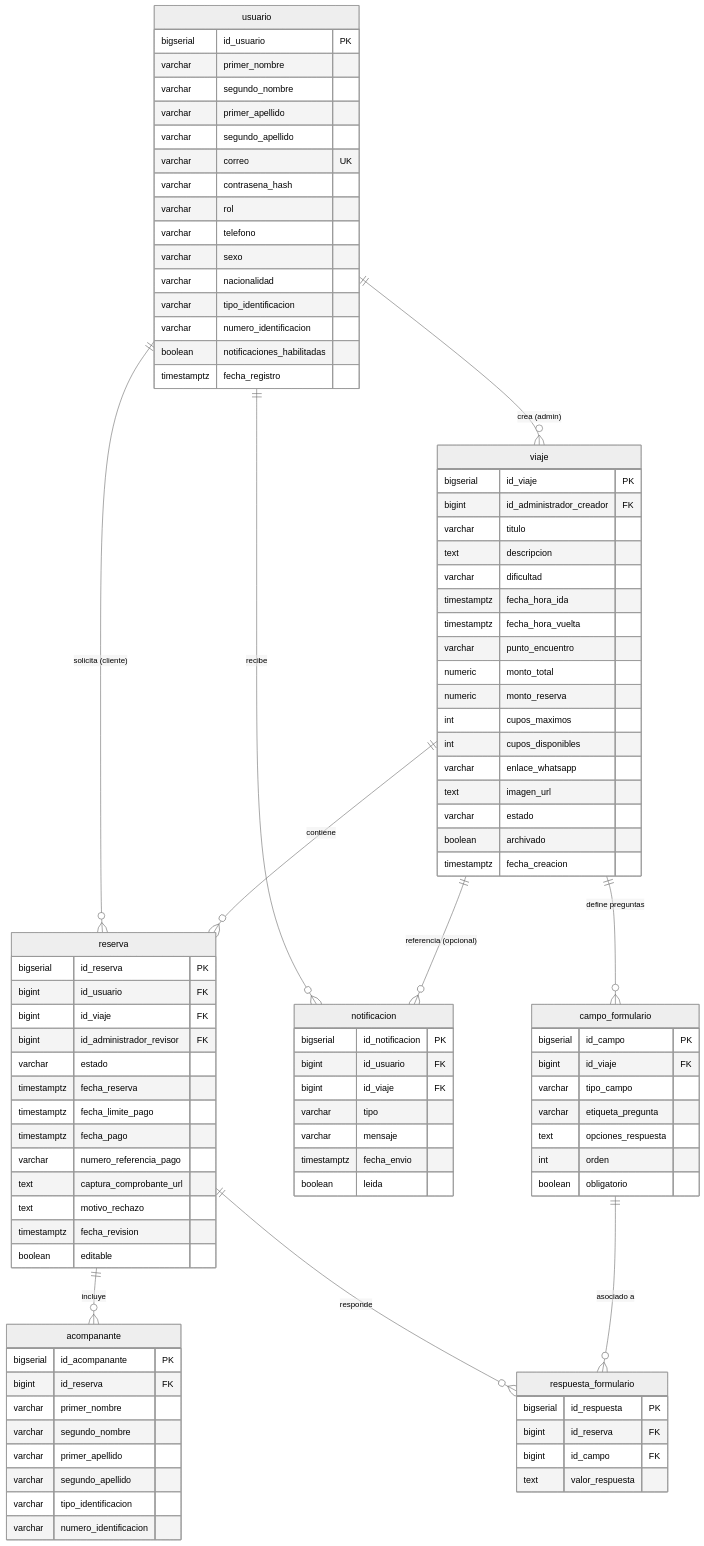
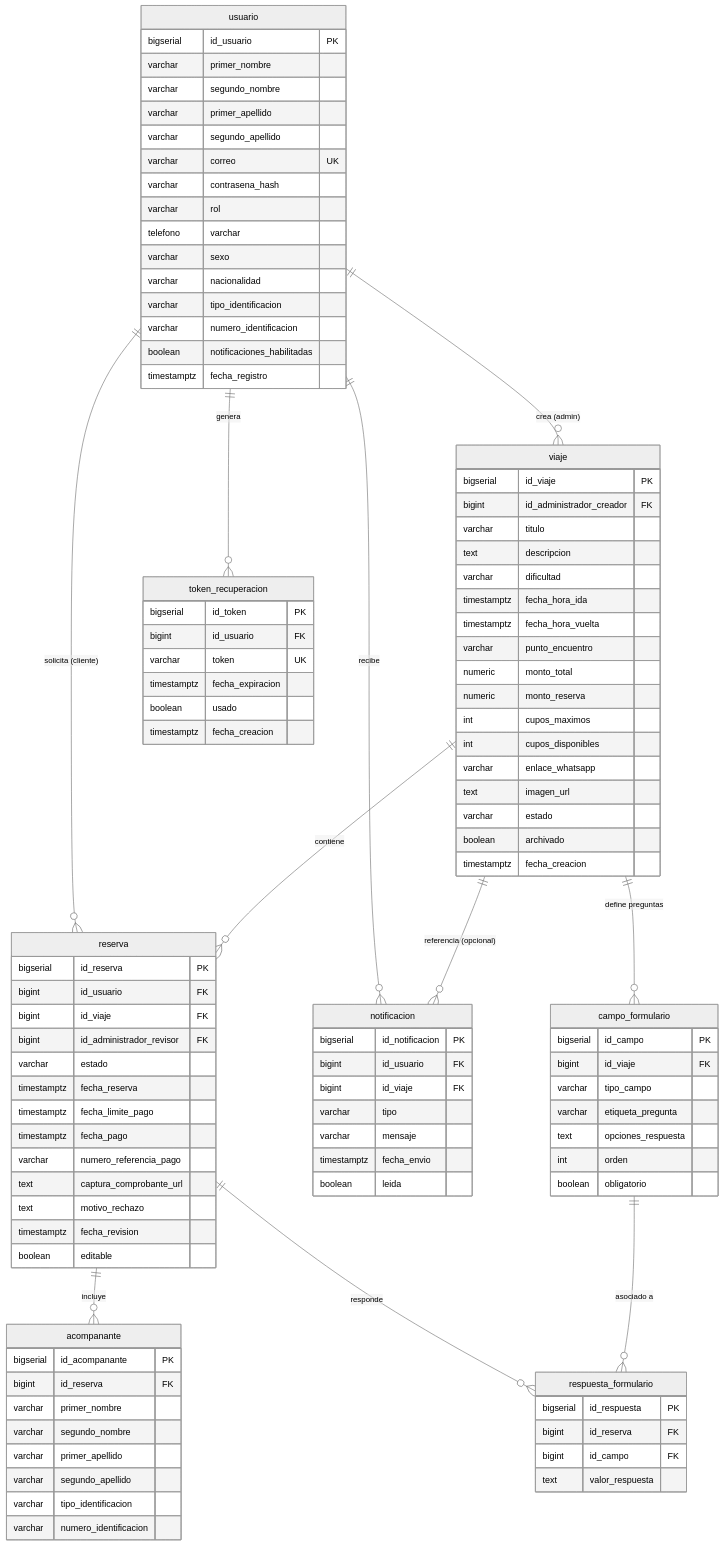
Before and after one commit to samxdev7/proyecto-aed-backend: the diagram in DOCUMENTACION-BETA-SISTEMA.md, drawn with Mermaid (neutral theme). The commit also changed other lines of this file and 4 other files, not shown here.

```diff
--- a/DOCUMENTACION-BETA-SISTEMA.md
+++ b/DOCUMENTACION-BETA-SISTEMA.md
@@ -187,6 +193,7 @@
     reserva ||--o{ respuesta_formulario : "responde"
     campo_formulario ||--o{ respuesta_formulario : "asociado a"
     viaje ||--o{ notificacion : "referencia (opcional)"
+    usuario ||--o{ token_recuperacion : "genera"
 
     usuario {
         bigserial id_usuario PK
@@ -197,13 +204,22 @@
         varchar correo UK
         varchar contrasena_hash
         varchar rol
-        varchar telefono
+        telefono varchar
         varchar sexo
         varchar nacionalidad
         varchar tipo_identificacion
         varchar numero_identificacion
         boolean notificaciones_habilitadas
         timestamptz fecha_registro
+    }
+
+    token_recuperacion {
+        bigserial id_token PK
+        bigint id_usuario FK
+        varchar token UK
+        timestamptz fecha_expiracion
+        boolean usado
+        timestamptz fecha_creacion
     }
 
     viaje {
```
